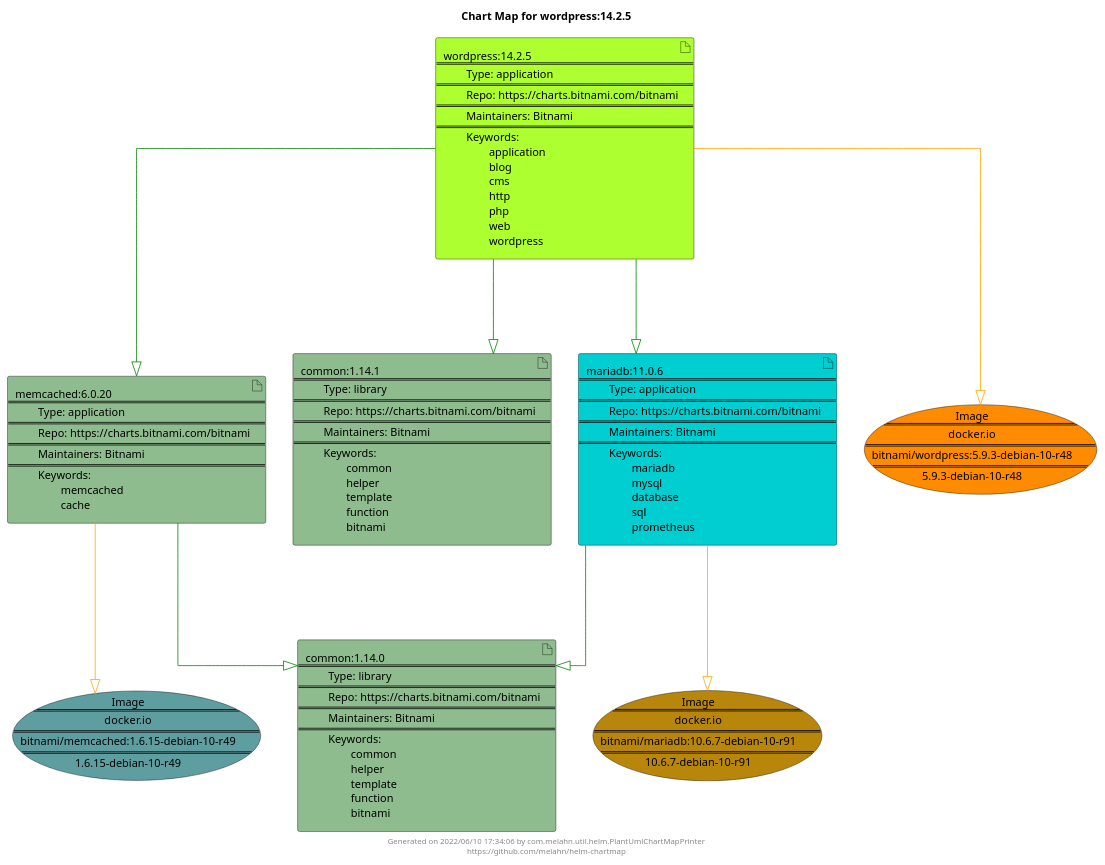
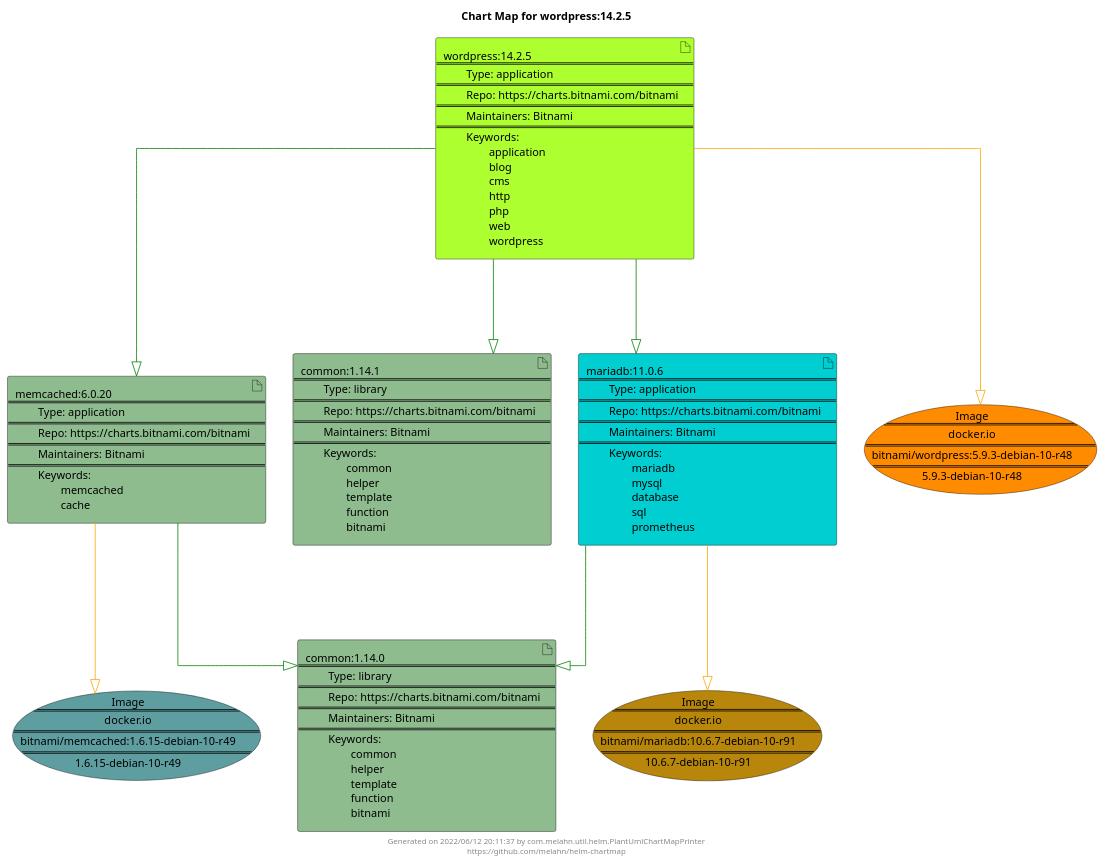
The diagram in docs/wordpress/wordpress-14.2.5.puml (melahn/helm-chartmap), drawn with PlantUML before and after one commit. The commit also changed 59 other files, not shown here.

Commit message:
Update Example Chart Maps as part of GitHub build

```diff
--- a/docs/wordpress/wordpress-14.2.5.puml
+++ b/docs/wordpress/wordpress-14.2.5.puml
@@ -1,34 +1,34 @@
 @startuml
 skinparam linetype ortho
 skinparam backgroundColor white
 skinparam usecaseBorderColor black
 skinparam usecaseArrowColor LightSlateGray
 skinparam artifactBorderColor black
 skinparam artifactArrowColor LightSlateGray
 
 title Chart Map for wordpress:14.2.5
 
 'There are 5 referenced Helm Charts
 artifact "memcached:6.0.20\n====\n\tType: application\n====\n\tRepo: https://charts.bitnami.com/bitnami\n====\n\tMaintainers: Bitnami\n====\n\tKeywords: \n\t\tmemcached\n\t\tcache" as memcached_6_0_20 #DarkSeaGreen
 artifact "common:1.14.0\n====\n\tType: library\n====\n\tRepo: https://charts.bitnami.com/bitnami\n====\n\tMaintainers: Bitnami\n====\n\tKeywords: \n\t\tcommon\n\t\thelper\n\t\ttemplate\n\t\tfunction\n\t\tbitnami" as common_1_14_0 #DarkSeaGreen
 artifact "wordpress:14.2.5\n====\n\tType: application\n====\n\tRepo: https://charts.bitnami.com/bitnami\n====\n\tMaintainers: Bitnami\n====\n\tKeywords: \n\t\tapplication\n\t\tblog\n\t\tcms\n\t\thttp\n\t\tphp\n\t\tweb\n\t\twordpress" as wordpress_14_2_5 #GreenYellow
 artifact "common:1.14.1\n====\n\tType: library\n====\n\tRepo: https://charts.bitnami.com/bitnami\n====\n\tMaintainers: Bitnami\n====\n\tKeywords: \n\t\tcommon\n\t\thelper\n\t\ttemplate\n\t\tfunction\n\t\tbitnami" as common_1_14_1 #DarkSeaGreen
 artifact "mariadb:11.0.6\n====\n\tType: application\n====\n\tRepo: https://charts.bitnami.com/bitnami\n====\n\tMaintainers: Bitnami\n====\n\tKeywords: \n\t\tmariadb\n\t\tmysql\n\t\tdatabase\n\t\tsql\n\t\tprometheus" as mariadb_11_0_6 #DarkTurquoise
 
 'There are 3 referenced Docker Images
 usecase "Image\n====\ndocker.io\n====\nbitnami/mariadb:10.6.7-debian-10-r91\n====\n10.6.7-debian-10-r91" as docker_io_bitnami_mariadb_10_6_7_debian_10_r91 #DarkGoldenRod
 usecase "Image\n====\ndocker.io\n====\nbitnami/wordpress:5.9.3-debian-10-r48\n====\n5.9.3-debian-10-r48" as docker_io_bitnami_wordpress_5_9_3_debian_10_r48 #Darkorange
 usecase "Image\n====\ndocker.io\n====\nbitnami/memcached:1.6.15-debian-10-r49\n====\n1.6.15-debian-10-r49" as docker_io_bitnami_memcached_1_6_15_debian_10_r49 #CadetBlue
 
 'Chart Dependencies
 wordpress_14_2_5--[#green]-|>common_1_14_1
 wordpress_14_2_5--[#green]-|>mariadb_11_0_6
 mariadb_11_0_6--[#green]-|>common_1_14_0
 wordpress_14_2_5--[#green]-|>memcached_6_0_20
 memcached_6_0_20--[#green]-|>common_1_14_0
 memcached_6_0_20--[#orange]-|>docker_io_bitnami_memcached_1_6_15_debian_10_r49
 wordpress_14_2_5--[#orange]-|>docker_io_bitnami_wordpress_5_9_3_debian_10_r48
 mariadb_11_0_6--[#orange]-|>docker_io_bitnami_mariadb_10_6_7_debian_10_r91
 
-center footer Generated on 2022/06/10 17:34:06 by com.melahn.util.helm.PlantUmlChartMapPrinter\nhttps://github.com/melahn/helm-chartmap
+center footer Generated on 2022/06/12 20:11:37 by com.melahn.util.helm.PlantUmlChartMapPrinter\nhttps://github.com/melahn/helm-chartmap
 @enduml
```
